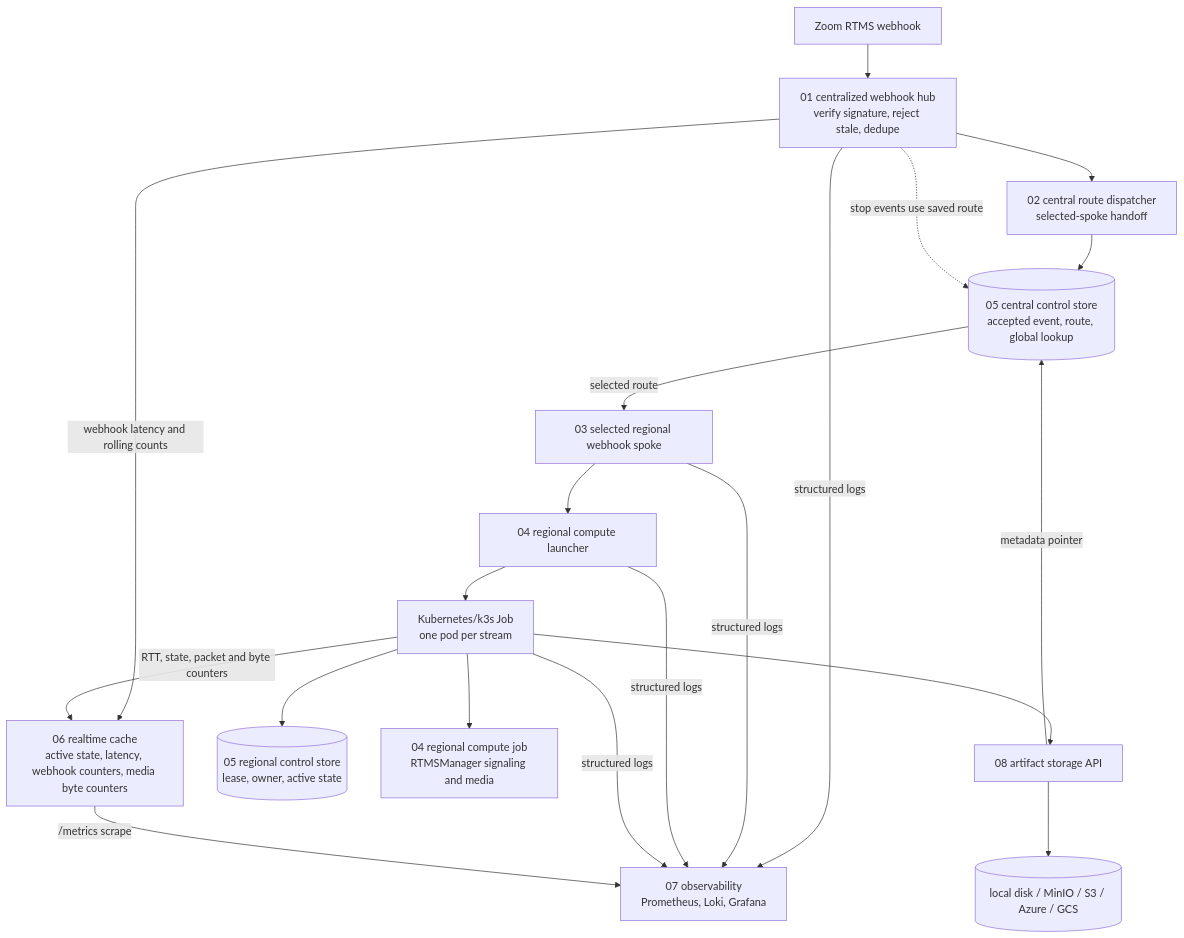
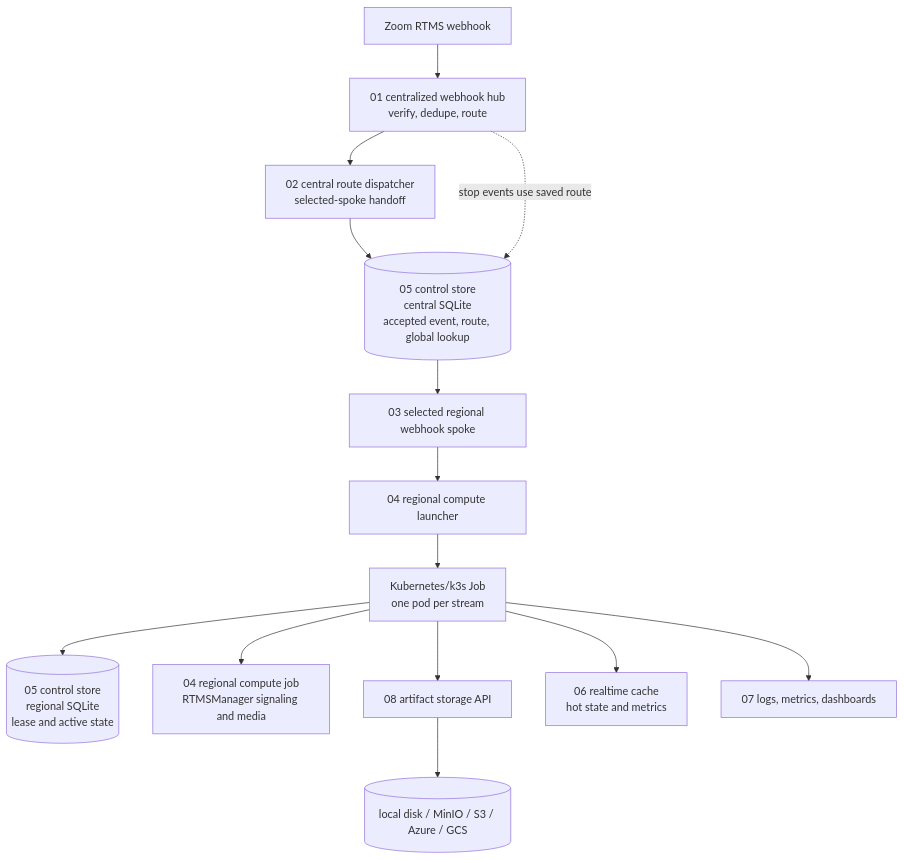
One commit to gengtang26/rtms-samples changed the diagram in rtms-distributed-sample/README.md. Above: the diagram before and after it, drawn with Mermaid.

Commit message:
Restore simpler distributed architecture diagram

````diff
--- a/rtms-distributed-sample/README.md
+++ b/rtms-distributed-sample/README.md
@@ -22,22 +22,16 @@
 ```mermaid
 flowchart TD
-  Zoom[Zoom RTMS webhook] --> Hub[01 centralized webhook hub<br/>verify signature, reject stale, dedupe]
+  Zoom[Zoom RTMS webhook] --> Hub[01 centralized webhook hub<br/>verify, dedupe, route]
   Hub --> Dispatcher[02 central route dispatcher<br/>selected-spoke handoff]
-  Hub -->|webhook latency and rolling counts| Cache[06 realtime cache<br/>active state, latency, webhook counters, media byte counters]
-  Hub -->|structured logs| Obs[07 observability<br/>Prometheus, Loki, Grafana]
-  Dispatcher --> Central[(05 central control store<br/>accepted event, route, global lookup)]
-  Central -->|selected route| Spoke[03 selected regional webhook spoke]
-  Spoke -->|structured logs| Obs
+  Dispatcher --> Central[(05 control store<br/>central SQLite<br/>accepted event, route, global lookup)]
+  Central --> Spoke[03 selected regional webhook spoke]
   Spoke --> Launcher[04 regional compute launcher]
   Launcher --> Job[Kubernetes/k3s Job<br/>one pod per stream]
-  Launcher -->|structured logs| Obs
-  Job --> Regional[(05 regional control store<br/>lease, owner, active state)]
+  Job --> Regional[(05 control store<br/>regional SQLite<br/>lease and active state)]
   Job --> Manager[04 regional compute job<br/>RTMSManager signaling and media]
-  Job -->|RTT, state, packet and byte counters| Cache
-  Job -->|structured logs| Obs
   Job --> Artifact[08 artifact storage API]
   Artifact --> Blob[(local disk / MinIO / S3 / Azure / GCS)]
-  Artifact -->|metadata pointer| Central
-  Cache -->|/metrics scrape| Obs
+  Job --> Cache[06 realtime cache<br/>hot state and metrics]
+  Job --> Obs[07 logs, metrics, dashboards]
   Hub -. stop events use saved route .-> Central
 ```
````
